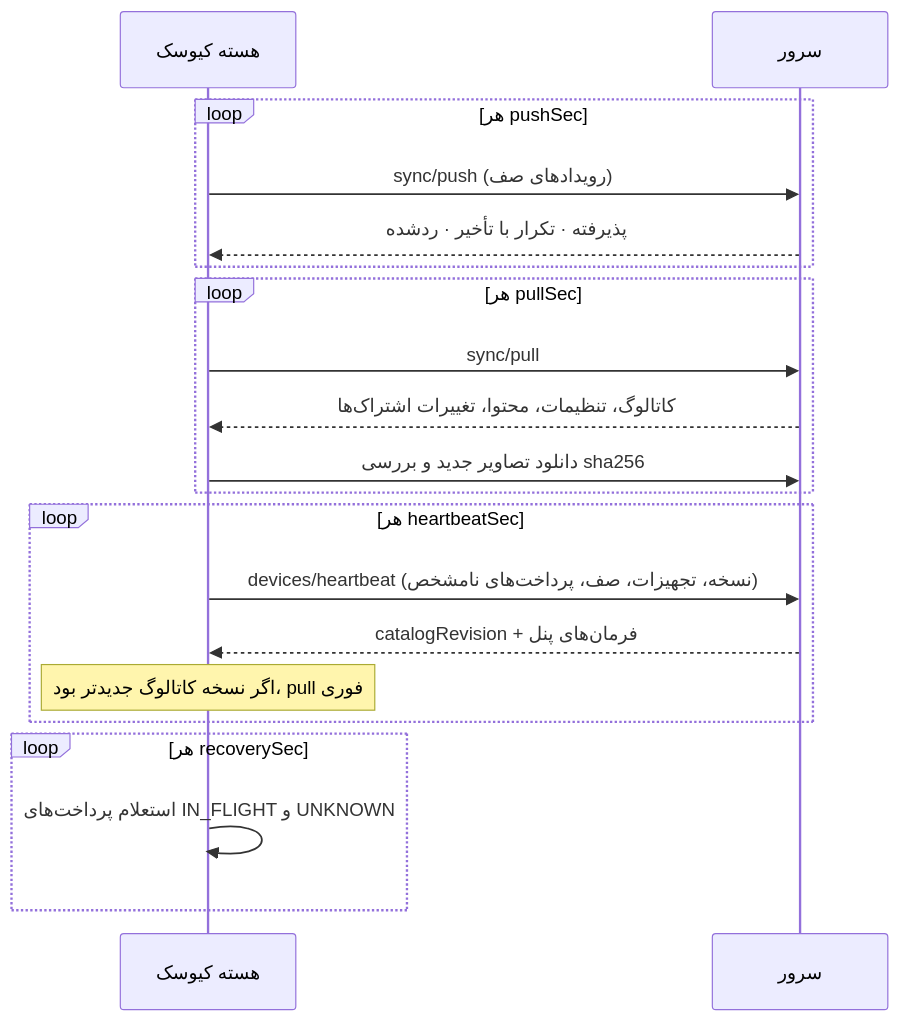
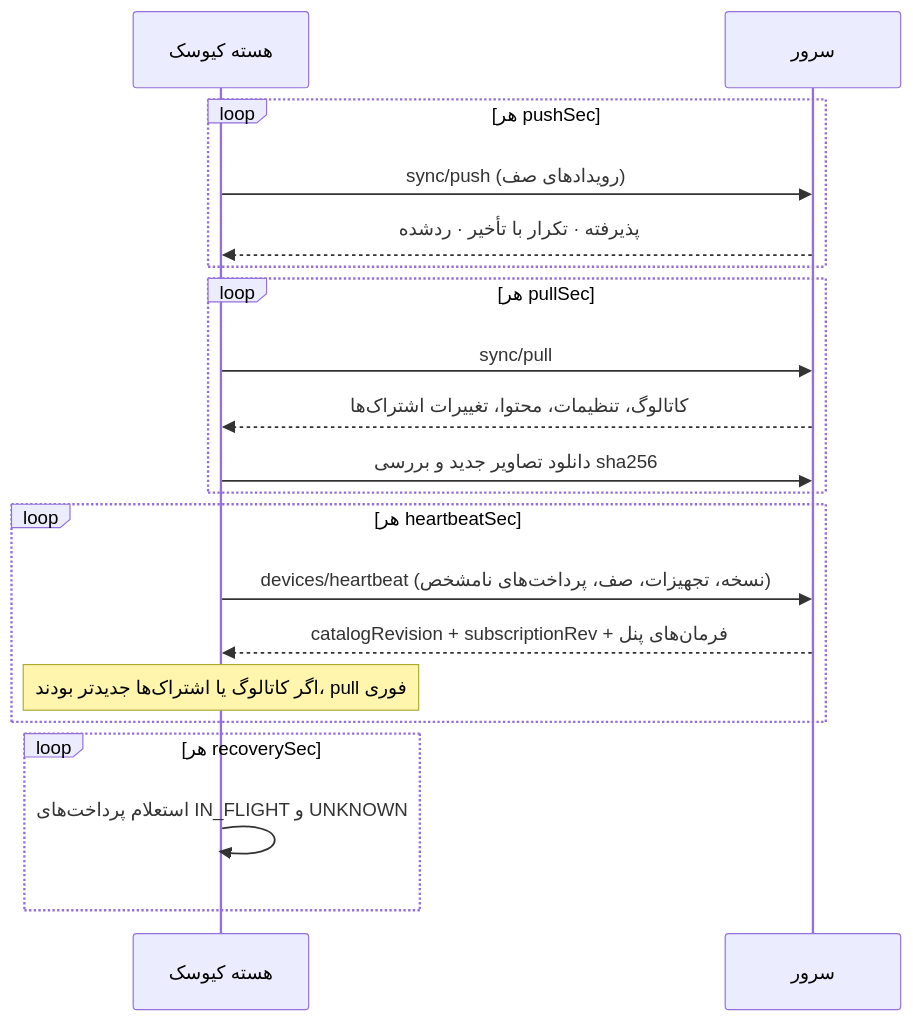
One commit to daneshavaran123-lab/andishkadeh changed the sixth of 10 diagrams in README.md. Above: the diagram before and after it, drawn with Mermaid. The commit also changed other lines of this file and 56 other files, not shown here.

````diff
--- a/README.md
+++ b/README.md
@@ -193,22 +194,22 @@
 ```mermaid
 sequenceDiagram
   participant C as هسته کیوسک
   participant S as سرور
   loop هر pushSec
     C->>S: sync/push (رویدادهای صف)
     S-->>C: پذیرفته · تکرار با تأخیر · ردشده
   end
   loop هر pullSec
     C->>S: sync/pull
     S-->>C: کاتالوگ، تنظیمات، محتوا، تغییرات اشتراک‌ها
     C->>S: دانلود تصاویر جدید و بررسی sha256
   end
   loop هر heartbeatSec
     C->>S: devices/heartbeat (نسخه، تجهیزات، صف، پرداخت‌های نامشخص)
-    S-->>C: catalogRevision + فرمان‌های پنل
-    Note over C: اگر نسخه کاتالوگ جدیدتر بود، pull فوری
+    S-->>C: catalogRevision + subscriptionRev + فرمان‌های پنل
+    Note over C: اگر کاتالوگ یا اشتراک‌ها جدیدتر بودند، pull فوری
   end
   loop هر recoverySec
     C->>C: استعلام پرداخت‌های IN_FLIGHT و UNKNOWN
   end
 ```
````
